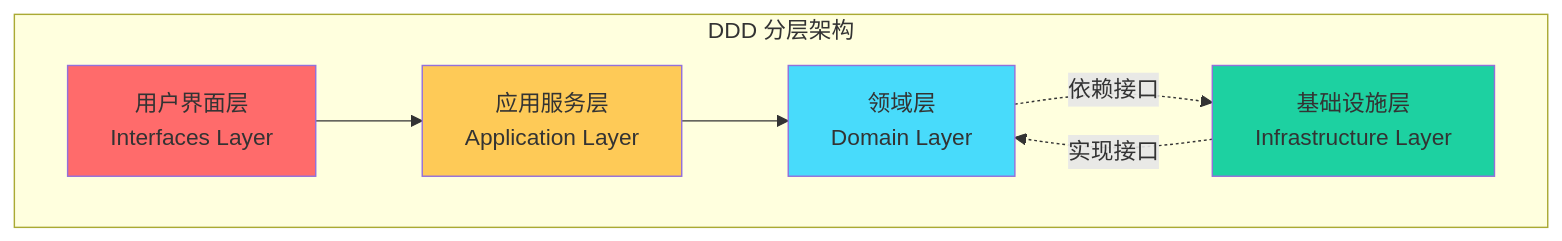
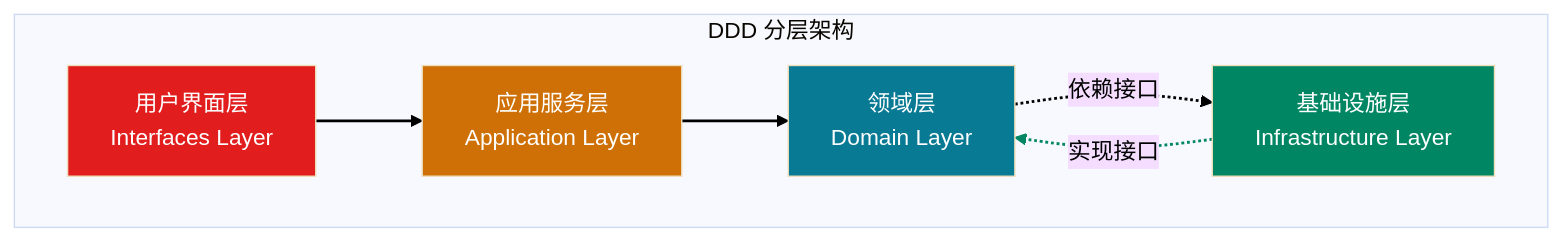
Before and after one commit to microwind/design-patterns: diagram 11 of 12 in domain-driven-design/一文搞懂DDD领域驱动设计.md, drawn with Mermaid. The commit also changed other lines of this file, not shown here.

````diff
--- a/domain-driven-design/一文搞懂DDD领域驱动设计.md
+++ b/domain-driven-design/一文搞懂DDD领域驱动设计.md
@@ -740,19 +797,25 @@
 ```mermaid
+%%{init: {'theme': 'base', 'themeVariables': { 'sectionBkgColor': '#f1f1f1', 'altSectionBkgColor': '#f1f1f1', 'gridColor': '#e9ecef'}}}%%
 flowchart TB
     subgraph DDD架构["DDD 分层架构"]
         UI[用户界面层<br/>Interfaces Layer]
         App[应用服务层<br/>Application Layer]
         Domain[领域层<br/>Domain Layer]
         Infra[基础设施层<br/>Infrastructure Layer]
     end
     
     UI --> App
     App --> Domain
     Domain -.依赖接口.-> Infra
     Infra -.实现接口.-> Domain
     
-    style UI fill:#ff6b6b
-    style App fill:#feca57
-    style Domain fill:#48dbfb
-    style Infra fill:#1dd1a1
+    style UI fill:#E11D1D,color:#ffffff
+    style App fill:#CE7005,color:#FFFFFF
+    style Domain fill:#097A93,color:#ffffff
+    style Infra fill:#018663,color:#ffffff
+    
+    linkStyle 0 stroke:#000000,stroke-width:2px,color:#000000
+    linkStyle 1 stroke:#000000,stroke-width:2px,color:#000000
+    linkStyle 2 stroke:#000000,stroke-width:2px,color:#000000
+    linkStyle 3 stroke:#018663,stroke-width:2px,color:#000000
 ```
````
